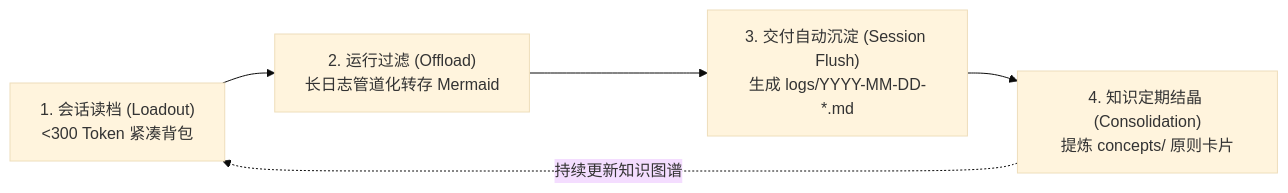
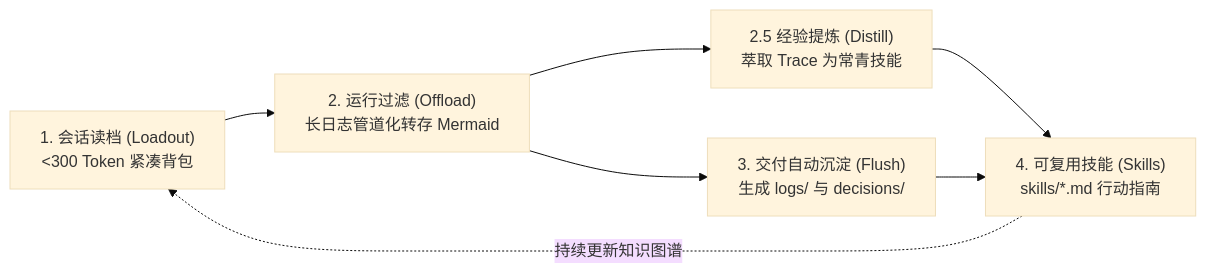
Before and after one commit to K0maru/k0maru-agent-memory: the first of 2 diagrams in README_zh.md, drawn with Mermaid (base theme). The commit also changed other lines of this file and 3 other files, not shown here.

````diff
--- a/README_zh.md
+++ b/README_zh.md
@@ -172,7 +191,9 @@
 ```mermaid
 flowchart LR
     L0["1. 会话读档 (Loadout)<br/>&lt;300 Token 紧凑背包"] --> L1["2. 运行过滤 (Offload)<br/>长日志管道化转存 Mermaid"]
-    L1 --> L2["3. 交付自动沉淀 (Session Flush)<br/>生成 logs/YYYY-MM-DD-*.md"]
-    L2 --> L3["4. 知识定期结晶 (Consolidation)<br/>提炼 concepts/ 原则卡片"]
+    L1 --> L15["2.5 经验提炼 (Distill)<br/>萃取 Trace 为常青技能"]
+    L1 --> L2["3. 交付自动沉淀 (Flush)<br/>生成 logs/ 与 decisions/"]
+    L15 --> L3["4. 可复用技能 (Skills)<br/>skills/*.md 行动指南"]
+    L2 --> L3
     L3 -.->|"持续更新知识图谱"| L0
 ```
````
